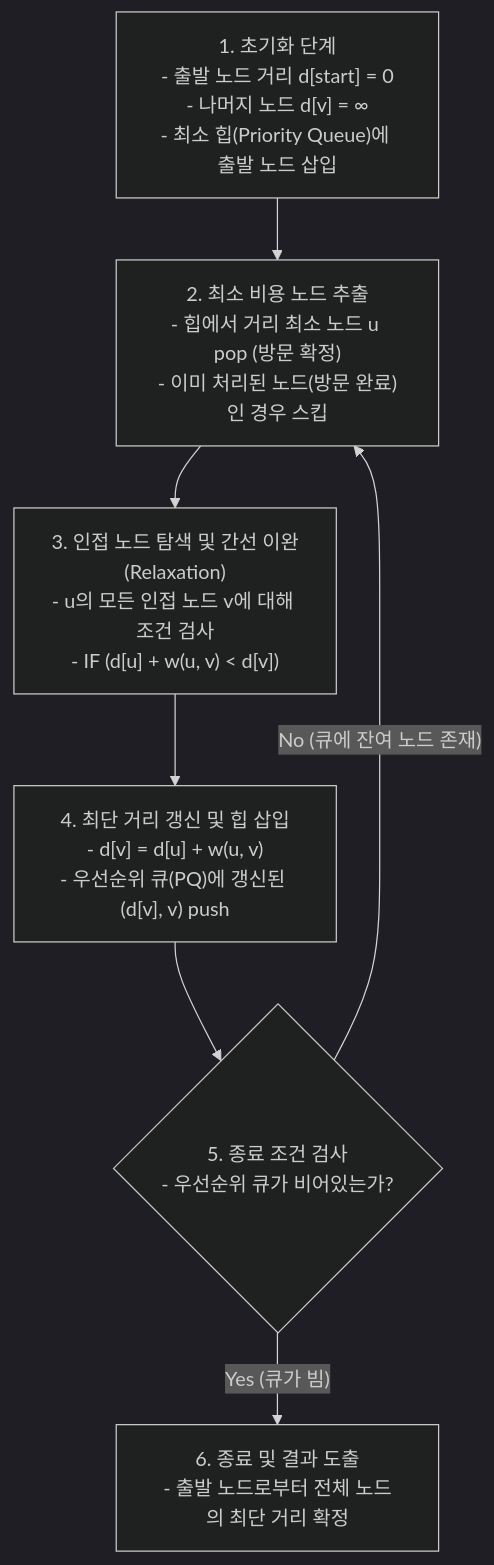
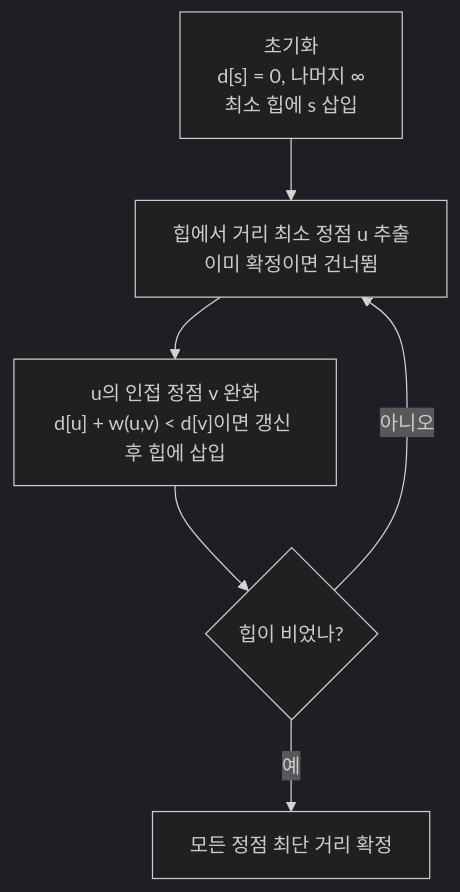
One commit to supremethumb/supremethumb.github.io changed the diagram in content/01_IT Tech/다익스트라 알고리즘.md. Above: the diagram before and after it, drawn with Mermaid (dark theme). The commit also changed other lines of this file and 1087 other files, not shown here.

````diff
--- a/content/01_IT Tech/다익스트라 알고리즘.md
+++ b/content/01_IT Tech/다익스트라 알고리즘.md
@@ -23,16 +35,8 @@
 ```mermaid
 flowchart TD
-    INIT["1. 초기화 단계<br/>- 출발 노드 거리 d[start] = 0<br/>- 나머지 노드 d[v] = ∞<br/>- 최소 힙(Priority Queue)에 출발 노드 삽입"]
-    POP["2. 최소 비용 노드 추출<br/>- 힙에서 거리 최소 노드 u pop (방문 확정)<br/>- 이미 처리된 노드(방문 완료)인 경우 스킵"]
-    ADJ["3. 인접 노드 탐색 및 간선 이완(Relaxation)<br/>- u의 모든 인접 노드 v에 대해 조건 검사<br/>- IF (d[u] + w(u, v) < d[v])"]
-    UPDATE["4. 최단 거리 갱신 및 힙 삽입<br/>- d[v] = d[u] + w(u, v)<br/>- 우선순위 큐(PQ)에 갱신된 (d[v], v) push"]
-    CHECK{"5. 종료 조건 검사<br/>- 우선순위 큐가 비어있는가?"}
-    END["6. 종료 및 결과 도출<br/>- 출발 노드로부터 전체 노드의 최단 거리 확정"]
-
-    INIT --> POP
-    POP --> ADJ
-    ADJ --> UPDATE
-    UPDATE --> CHECK
-    CHECK -- "No (큐에 잔여 노드 존재)" --> POP
-    CHECK -- "Yes (큐가 빔)" --> END
+    I["초기화<br/>d[s] = 0, 나머지 ∞<br/>최소 힙에 s 삽입"] --> P["힙에서 거리 최소 정점 u 추출<br/>이미 확정이면 건너뜀"]
+    P --> R["u의 인접 정점 v 완화<br/>d[u] + w(u,v) < d[v]이면 갱신 후 힙에 삽입"]
+    R --> C{"힙이 비었나?"}
+    C -- "아니오" --> P
+    C -- "예" --> E["모든 정점 최단 거리 확정"]
 ```
````
